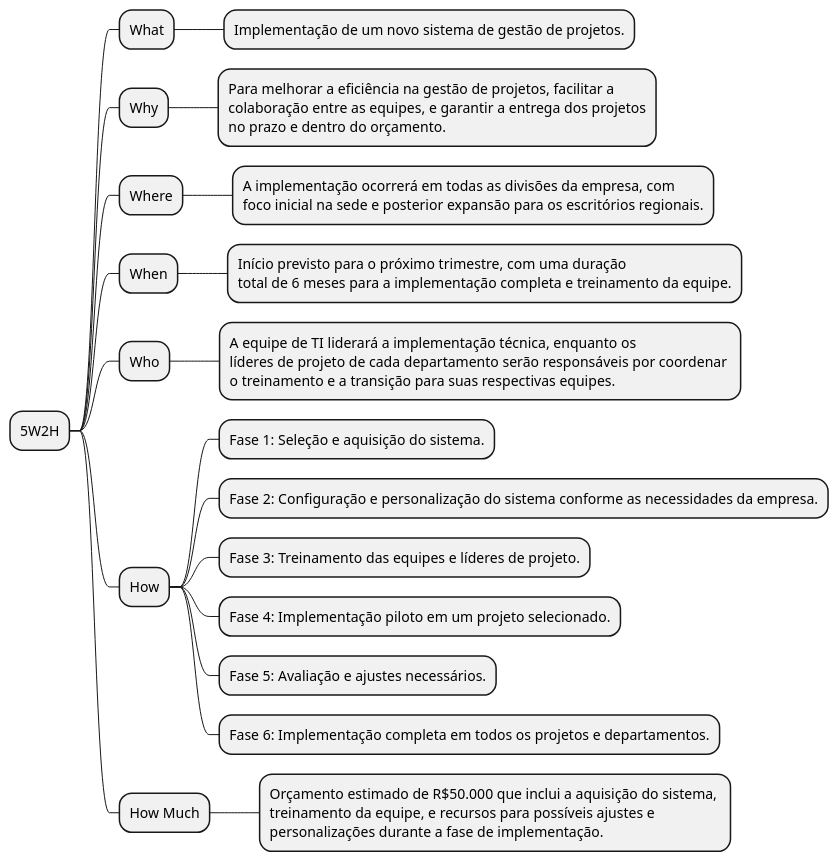
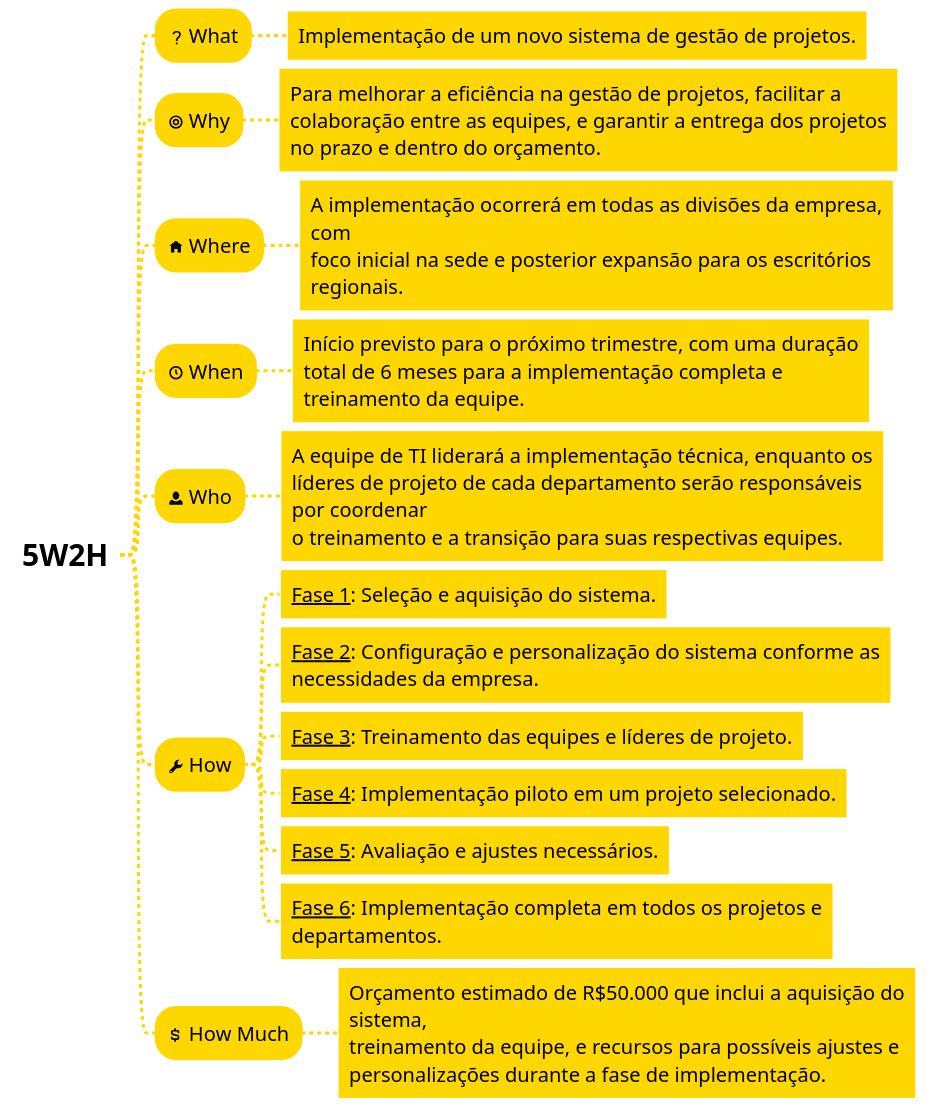
Before and after one commit to GiovaniPM/MyCourses: the fifth of 7 diagrams in Kanban/Cards.md, drawn with PlantUML. The commit also changed 1 other file, not shown here.

Commit message:
giova(LAPTOP-K5TUGPF) 241108182237

````diff
--- a/Kanban/Cards.md
+++ b/Kanban/Cards.md
@@ -299,24 +299,62 @@
 ```plantuml
 @startmindmap
-* 5W2H
-** What
+<style>
+node {
+    BackgroundColor gold
+    HorizontalAlignment center
+    LineColor gold
+    LineThickness 3.0
+    Margin 3
+    MaximumWidth 600
+    Padding 12
+    RoundCorner 40
+    fontsize 20
+}
+
+rootNode {
+    BackgroundColor white
+    LineColor white
+    LineStyle 8.0;3.0
+    LineThickness 1.0
+    RoundCorner 0
+    Shadowing 0.0
+    fontsize 30
+}
+
+leafNode {
+    BackgroundColor gold
+    LineColor white
+    HorizontalAlignment left
+    Padding 12
+    RoundCorner 0
+}
+
+arrow {
+    ;LineStyle 4
+    ;LineThickness 0.5
+    LineColor gold
+    LineThickness 3.0
+}
+</style>
+* **5W2H**
+** <&question-mark> What
 *** Implementação de um novo sistema de gestão de projetos.
-** Why
+** <&target> Why
 *** Para melhorar a eficiência na gestão de projetos, facilitar a \ncolaboração entre as equipes, e garantir a entrega dos projetos\nno prazo e dentro do orçamento.
-** Where
+** <&home> Where
 *** A implementação ocorrerá em todas as divisões da empresa, com \nfoco inicial na sede e posterior expansão para os escritórios regionais.
-** When
+** <&clock> When
 *** Início previsto para o próximo trimestre, com uma duração \ntotal de 6 meses para a implementação completa e treinamento da equipe.
-** Who
+** <&person> Who
 *** A equipe de TI liderará a implementação técnica, enquanto os \nlíderes de projeto de cada departamento serão responsáveis por coordenar \no treinamento e a transição para suas respectivas equipes.
-** How
-*** Fase 1: Seleção e aquisição do sistema.
-*** Fase 2: Configuração e personalização do sistema conforme as necessidades da empresa.
-*** Fase 3: Treinamento das equipes e líderes de projeto.
-*** Fase 4: Implementação piloto em um projeto selecionado.
-*** Fase 5: Avaliação e ajustes necessários.
-*** Fase 6: Implementação completa em todos os projetos e departamentos.
-** How Much
+** <&wrench> How
+*** __Fase 1__: Seleção e aquisição do sistema.
+*** __Fase 2__: Configuração e personalização do sistema conforme as necessidades da empresa.
+*** __Fase 3__: Treinamento das equipes e líderes de projeto.
+*** __Fase 4__: Implementação piloto em um projeto selecionado.
+*** __Fase 5__: Avaliação e ajustes necessários.
+*** __Fase 6__: Implementação completa em todos os projetos e departamentos.
+** <&dollar> How Much
 *** Orçamento estimado de R$50.000 que inclui a aquisição do sistema, \ntreinamento da equipe, e recursos para possíveis ajustes e \npersonalizações durante a fase de implementação.
 @endmindmap
 ```
````
